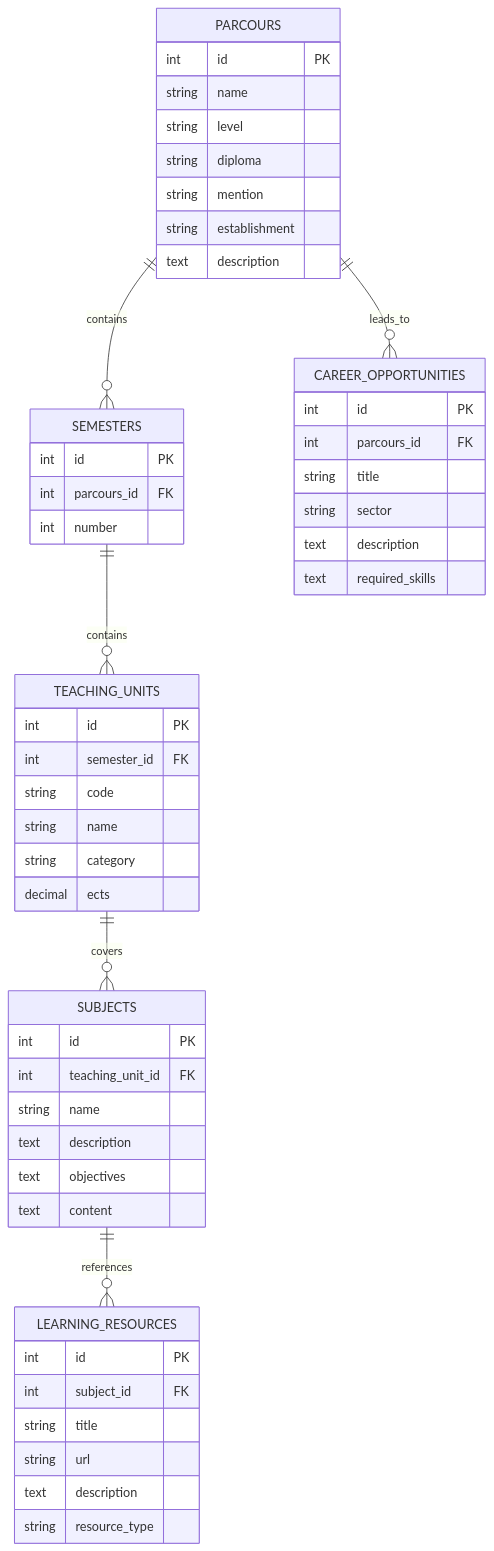
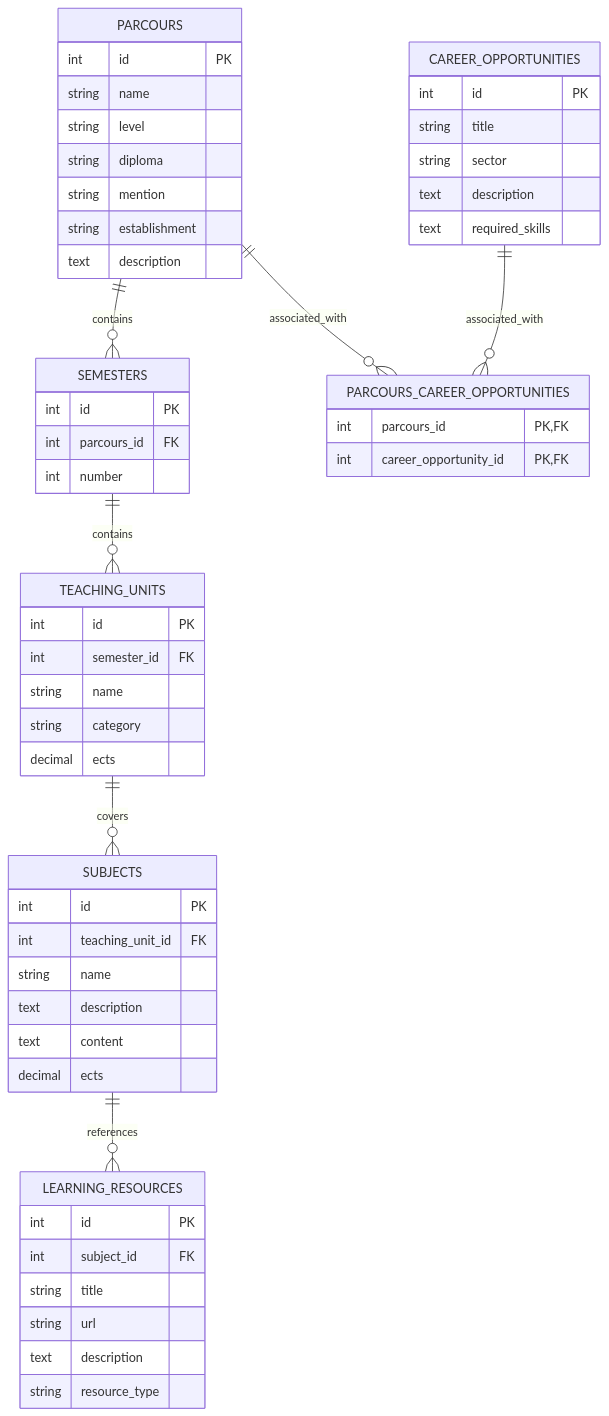
The second of 2 diagrams in docs/database/database-design.md (Project-EduAdvice/EduAdvice), drawn with Mermaid before and after one commit. The commit also changed other lines of this file, not shown here.

````diff
--- a/docs/database/database-design.md
+++ b/docs/database/database-design.md
@@ -47,60 +48,64 @@
 ```mermaid
 erDiagram
     PARCOURS ||--o{ SEMESTERS : contains
     SEMESTERS ||--o{ TEACHING_UNITS : contains
     TEACHING_UNITS ||--o{ SUBJECTS : covers
     SUBJECTS ||--o{ LEARNING_RESOURCES : references
-    PARCOURS ||--o{ CAREER_OPPORTUNITIES : leads_to
+    PARCOURS ||--o{ PARCOURS_CAREER_OPPORTUNITIES : associated_with
+    CAREER_OPPORTUNITIES ||--o{ PARCOURS_CAREER_OPPORTUNITIES : associated_with
 
     PARCOURS {
         int id PK
         string name
         string level
         string diploma
         string mention
         string establishment
         text description
     }
 
     SEMESTERS {
         int id PK
         int parcours_id FK
         int number
     }
 
     TEACHING_UNITS {
         int id PK
         int semester_id FK
-        string code
         string name
         string category
         decimal ects
     }
 
     SUBJECTS {
         int id PK
         int teaching_unit_id FK
         string name
         text description
-        text objectives
         text content
+        decimal ects
     }
 
     LEARNING_RESOURCES {
         int id PK
         int subject_id FK
         string title
         string url
         text description
         string resource_type
     }
 
     CAREER_OPPORTUNITIES {
         int id PK
-        int parcours_id FK
         string title
         string sector
         text description
         text required_skills
     }
+
+    PARCOURS_CAREER_OPPORTUNITIES {
+        int parcours_id PK, FK
+        int career_opportunity_id PK, FK
+    }
 ```
````
